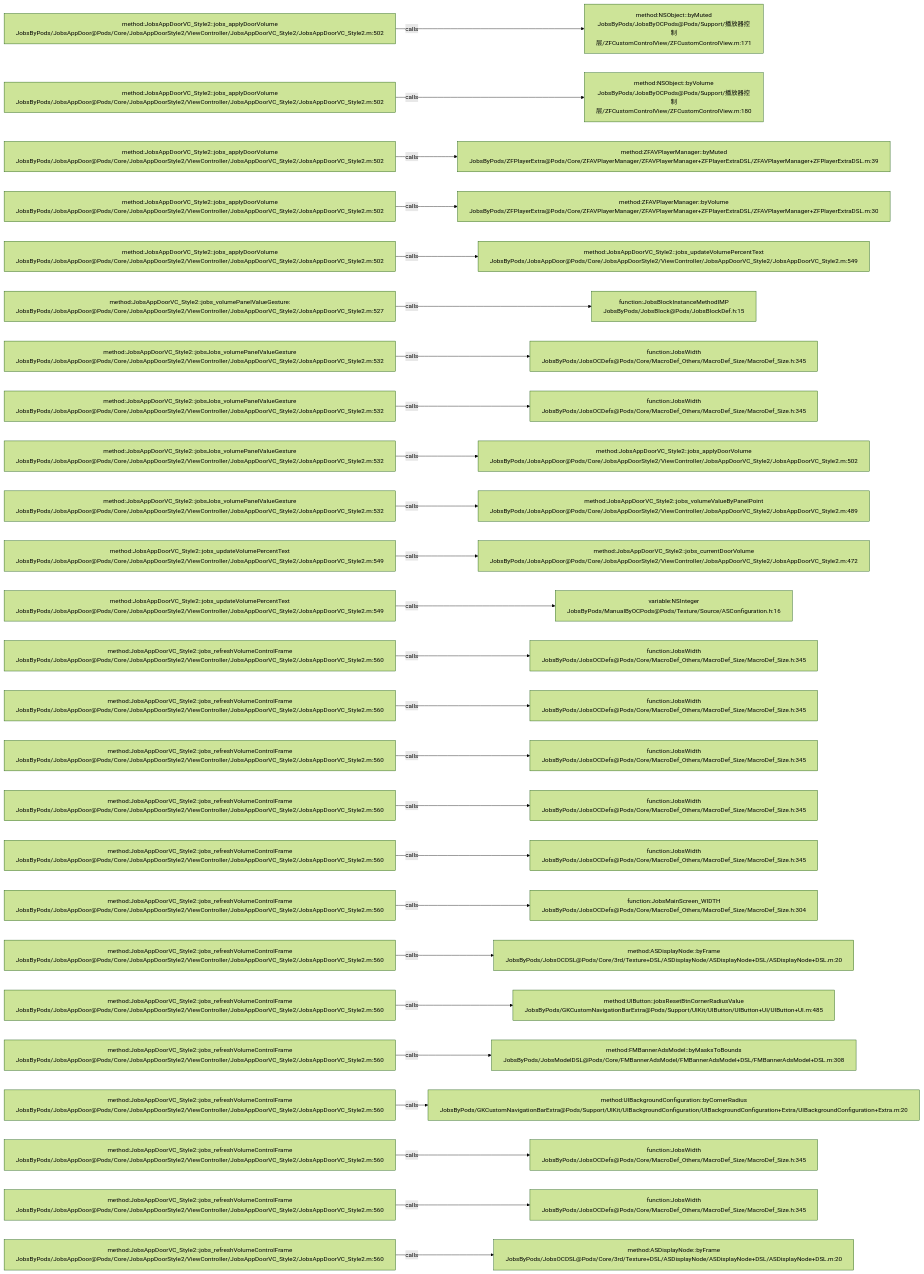
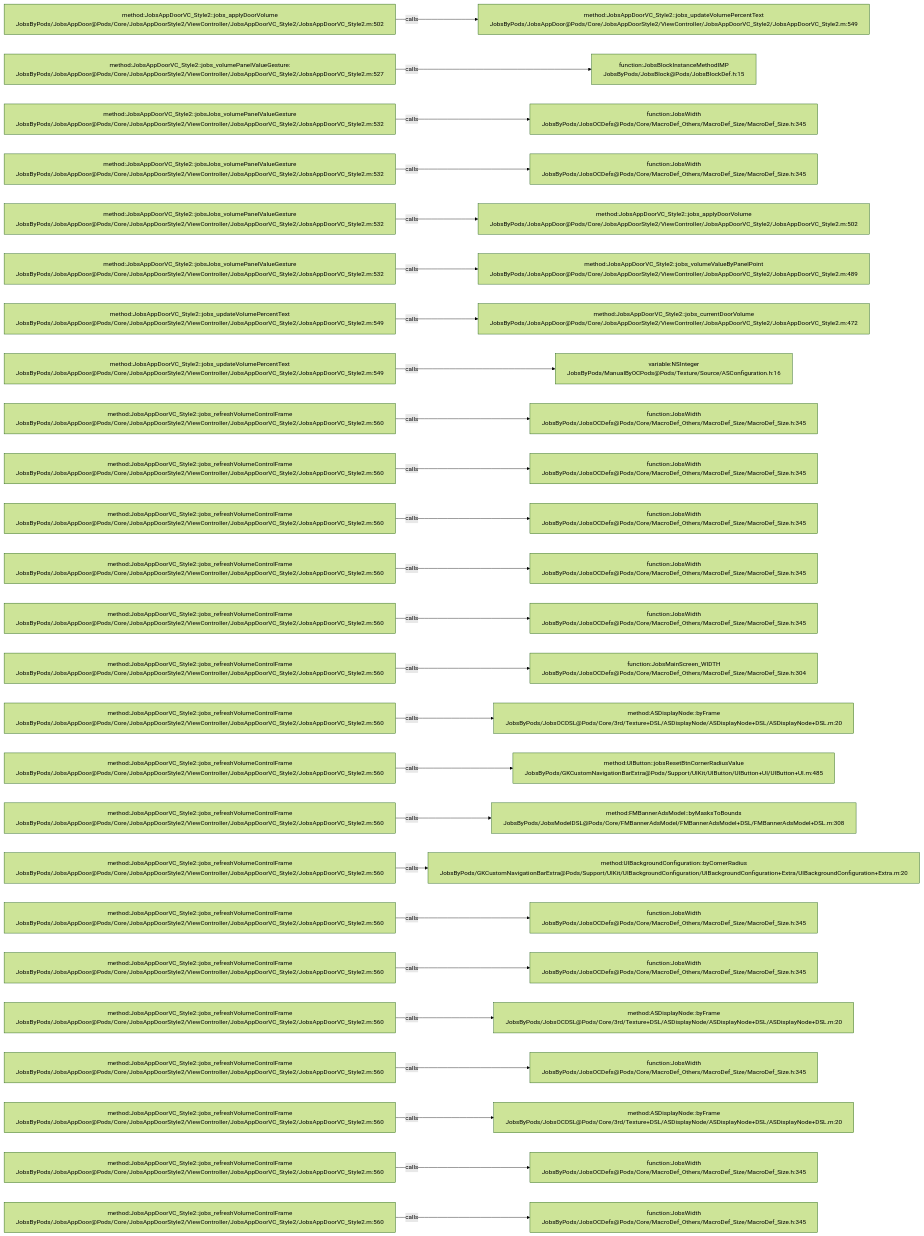
Before and after one commit to JobsKits/JobsOCBaseConfigDemo: the diagram in .codegraph/codegraph.md/graphs/calls-139.md, drawn with Mermaid (forest theme). The commit also changed 116 other files, not shown here.

````diff
--- a/.codegraph/codegraph.md/graphs/calls-139.md
+++ b/.codegraph/codegraph.md/graphs/calls-139.md
@@ -13,78 +13,78 @@
 ```mermaid
 flowchart LR
   S1["method:JobsAppDoorVC_Style2::jobs_applyDoorVolume<br/>JobsByPods/JobsAppDoor@Pods/Core/JobsAppDoorStyle2/ViewController/JobsAppDoorVC_Style2/JobsAppDoorVC_Style2.m:502"]
-  T1["method:NSObject::byMuted<br/>JobsByPods/JobsByOCPods@Pods/Support/播放器控制层/ZFCustomControlView/ZFCustomControlView.m:171"]
+  T1["method:JobsAppDoorVC_Style2::jobs_updateVolumePercentText<br/>JobsByPods/JobsAppDoor@Pods/Core/JobsAppDoorStyle2/ViewController/JobsAppDoorVC_Style2/JobsAppDoorVC_Style2.m:549"]
   S1 -->|calls| T1
-  S2["method:JobsAppDoorVC_Style2::jobs_applyDoorVolume<br/>JobsByPods/JobsAppDoor@Pods/Core/JobsAppDoorStyle2/ViewController/JobsAppDoorVC_Style2/JobsAppDoorVC_Style2.m:502"]
-  T2["method:NSObject::byVolume<br/>JobsByPods/JobsByOCPods@Pods/Support/播放器控制层/ZFCustomControlView/ZFCustomControlView.m:180"]
+  S2["method:JobsAppDoorVC_Style2::jobs_volumePanelValueGesture:<br/>JobsByPods/JobsAppDoor@Pods/Core/JobsAppDoorStyle2/ViewController/JobsAppDoorVC_Style2/JobsAppDoorVC_Style2.m:527"]
+  T2["function:JobsBlockInstanceMethodIMP<br/>JobsByPods/JobsBlock@Pods/JobsBlockDef.h:15"]
   S2 -->|calls| T2
-  S3["method:JobsAppDoorVC_Style2::jobs_applyDoorVolume<br/>JobsByPods/JobsAppDoor@Pods/Core/JobsAppDoorStyle2/ViewController/JobsAppDoorVC_Style2/JobsAppDoorVC_Style2.m:502"]
-  T3["method:ZFAVPlayerManager::byMuted<br/>JobsByPods/ZFPlayerExtra@Pods/Core/ZFAVPlayerManager/ZFAVPlayerManager+ZFPlayerExtraDSL/ZFAVPlayerManager+ZFPlayerExtraDSL.m:39"]
+  S3["method:JobsAppDoorVC_Style2::jobsJobs_volumePanelValueGesture<br/>JobsByPods/JobsAppDoor@Pods/Core/JobsAppDoorStyle2/ViewController/JobsAppDoorVC_Style2/JobsAppDoorVC_Style2.m:532"]
+  T3["function:JobsWidth<br/>JobsByPods/JobsOCDefs@Pods/Core/MacroDef_Others/MacroDef_Size/MacroDef_Size.h:345"]
   S3 -->|calls| T3
-  S4["method:JobsAppDoorVC_Style2::jobs_applyDoorVolume<br/>JobsByPods/JobsAppDoor@Pods/Core/JobsAppDoorStyle2/ViewController/JobsAppDoorVC_Style2/JobsAppDoorVC_Style2.m:502"]
-  T4["method:ZFAVPlayerManager::byVolume<br/>JobsByPods/ZFPlayerExtra@Pods/Core/ZFAVPlayerManager/ZFAVPlayerManager+ZFPlayerExtraDSL/ZFAVPlayerManager+ZFPlayerExtraDSL.m:30"]
+  S4["method:JobsAppDoorVC_Style2::jobsJobs_volumePanelValueGesture<br/>JobsByPods/JobsAppDoor@Pods/Core/JobsAppDoorStyle2/ViewController/JobsAppDoorVC_Style2/JobsAppDoorVC_Style2.m:532"]
+  T4["function:JobsWidth<br/>JobsByPods/JobsOCDefs@Pods/Core/MacroDef_Others/MacroDef_Size/MacroDef_Size.h:345"]
   S4 -->|calls| T4
-  S5["method:JobsAppDoorVC_Style2::jobs_applyDoorVolume<br/>JobsByPods/JobsAppDoor@Pods/Core/JobsAppDoorStyle2/ViewController/JobsAppDoorVC_Style2/JobsAppDoorVC_Style2.m:502"]
-  T5["method:JobsAppDoorVC_Style2::jobs_updateVolumePercentText<br/>JobsByPods/JobsAppDoor@Pods/Core/JobsAppDoorStyle2/ViewController/JobsAppDoorVC_Style2/JobsAppDoorVC_Style2.m:549"]
+  S5["method:JobsAppDoorVC_Style2::jobsJobs_volumePanelValueGesture<br/>JobsByPods/JobsAppDoor@Pods/Core/JobsAppDoorStyle2/ViewController/JobsAppDoorVC_Style2/JobsAppDoorVC_Style2.m:532"]
+  T5["method:JobsAppDoorVC_Style2::jobs_applyDoorVolume<br/>JobsByPods/JobsAppDoor@Pods/Core/JobsAppDoorStyle2/ViewController/JobsAppDoorVC_Style2/JobsAppDoorVC_Style2.m:502"]
   S5 -->|calls| T5
-  S6["method:JobsAppDoorVC_Style2::jobs_volumePanelValueGesture:<br/>JobsByPods/JobsAppDoor@Pods/Core/JobsAppDoorStyle2/ViewController/JobsAppDoorVC_Style2/JobsAppDoorVC_Style2.m:527"]
-  T6["function:JobsBlockInstanceMethodIMP<br/>JobsByPods/JobsBlock@Pods/JobsBlockDef.h:15"]
+  S6["method:JobsAppDoorVC_Style2::jobsJobs_volumePanelValueGesture<br/>JobsByPods/JobsAppDoor@Pods/Core/JobsAppDoorStyle2/ViewController/JobsAppDoorVC_Style2/JobsAppDoorVC_Style2.m:532"]
+  T6["method:JobsAppDoorVC_Style2::jobs_volumeValueByPanelPoint<br/>JobsByPods/JobsAppDoor@Pods/Core/JobsAppDoorStyle2/ViewController/JobsAppDoorVC_Style2/JobsAppDoorVC_Style2.m:489"]
   S6 -->|calls| T6
-  S7["method:JobsAppDoorVC_Style2::jobsJobs_volumePanelValueGesture<br/>JobsByPods/JobsAppDoor@Pods/Core/JobsAppDoorStyle2/ViewController/JobsAppDoorVC_Style2/JobsAppDoorVC_Style2.m:532"]
-  T7["function:JobsWidth<br/>JobsByPods/JobsOCDefs@Pods/Core/MacroDef_Others/MacroDef_Size/MacroDef_Size.h:345"]
+  S7["method:JobsAppDoorVC_Style2::jobs_updateVolumePercentText<br/>JobsByPods/JobsAppDoor@Pods/Core/JobsAppDoorStyle2/ViewController/JobsAppDoorVC_Style2/JobsAppDoorVC_Style2.m:549"]
+  T7["method:JobsAppDoorVC_Style2::jobs_currentDoorVolume<br/>JobsByPods/JobsAppDoor@Pods/Core/JobsAppDoorStyle2/ViewController/JobsAppDoorVC_Style2/JobsAppDoorVC_Style2.m:472"]
   S7 -->|calls| T7
-  S8["method:JobsAppDoorVC_Style2::jobsJobs_volumePanelValueGesture<br/>JobsByPods/JobsAppDoor@Pods/Core/JobsAppDoorStyle2/ViewController/JobsAppDoorVC_Style2/JobsAppDoorVC_Style2.m:532"]
-  T8["function:JobsWidth<br/>JobsByPods/JobsOCDefs@Pods/Core/MacroDef_Others/MacroDef_Size/MacroDef_Size.h:345"]
+  S8["method:JobsAppDoorVC_Style2::jobs_updateVolumePercentText<br/>JobsByPods/JobsAppDoor@Pods/Core/JobsAppDoorStyle2/ViewController/JobsAppDoorVC_Style2/JobsAppDoorVC_Style2.m:549"]
+  T8["variable:NSInteger<br/>JobsByPods/ManualByOCPods@Pods/Texture/Source/ASConfiguration.h:16"]
   S8 -->|calls| T8
-  S9["method:JobsAppDoorVC_Style2::jobsJobs_volumePanelValueGesture<br/>JobsByPods/JobsAppDoor@Pods/Core/JobsAppDoorStyle2/ViewController/JobsAppDoorVC_Style2/JobsAppDoorVC_Style2.m:532"]
-  T9["method:JobsAppDoorVC_Style2::jobs_applyDoorVolume<br/>JobsByPods/JobsAppDoor@Pods/Core/JobsAppDoorStyle2/ViewController/JobsAppDoorVC_Style2/JobsAppDoorVC_Style2.m:502"]
+  S9["method:JobsAppDoorVC_Style2::jobs_refreshVolumeControlFrame<br/>JobsByPods/JobsAppDoor@Pods/Core/JobsAppDoorStyle2/ViewController/JobsAppDoorVC_Style2/JobsAppDoorVC_Style2.m:560"]
+  T9["function:JobsWidth<br/>JobsByPods/JobsOCDefs@Pods/Core/MacroDef_Others/MacroDef_Size/MacroDef_Size.h:345"]
   S9 -->|calls| T9
-  S10["method:JobsAppDoorVC_Style2::jobsJobs_volumePanelValueGesture<br/>JobsByPods/JobsAppDoor@Pods/Core/JobsAppDoorStyle2/ViewController/JobsAppDoorVC_Style2/JobsAppDoorVC_Style2.m:532"]
-  T10["method:JobsAppDoorVC_Style2::jobs_volumeValueByPanelPoint<br/>JobsByPods/JobsAppDoor@Pods/Core/JobsAppDoorStyle2/ViewController/JobsAppDoorVC_Style2/JobsAppDoorVC_Style2.m:489"]
+  S10["method:JobsAppDoorVC_Style2::jobs_refreshVolumeControlFrame<br/>JobsByPods/JobsAppDoor@Pods/Core/JobsAppDoorStyle2/ViewController/JobsAppDoorVC_Style2/JobsAppDoorVC_Style2.m:560"]
+  T10["function:JobsWidth<br/>JobsByPods/JobsOCDefs@Pods/Core/MacroDef_Others/MacroDef_Size/MacroDef_Size.h:345"]
   S10 -->|calls| T10
-  S11["method:JobsAppDoorVC_Style2::jobs_updateVolumePercentText<br/>JobsByPods/JobsAppDoor@Pods/Core/JobsAppDoorStyle2/ViewController/JobsAppDoorVC_Style2/JobsAppDoorVC_Style2.m:549"]
-  T11["method:JobsAppDoorVC_Style2::jobs_currentDoorVolume<br/>JobsByPods/JobsAppDoor@Pods/Core/JobsAppDoorStyle2/ViewController/JobsAppDoorVC_Style2/JobsAppDoorVC_Style2.m:472"]
+  S11["method:JobsAppDoorVC_Style2::jobs_refreshVolumeControlFrame<br/>JobsByPods/JobsAppDoor@Pods/Core/JobsAppDoorStyle2/ViewController/JobsAppDoorVC_Style2/JobsAppDoorVC_Style2.m:560"]
+  T11["function:JobsWidth<br/>JobsByPods/JobsOCDefs@Pods/Core/MacroDef_Others/MacroDef_Size/MacroDef_Size.h:345"]
   S11 -->|calls| T11
-  S12["method:JobsAppDoorVC_Style2::jobs_updateVolumePercentText<br/>JobsByPods/JobsAppDoor@Pods/Core/JobsAppDoorStyle2/ViewController/JobsAppDoorVC_Style2/JobsAppDoorVC_Style2.m:549"]
-  T12["variable:NSInteger<br/>JobsByPods/ManualByOCPods@Pods/Texture/Source/ASConfiguration.h:16"]
+  S12["method:JobsAppDoorVC_Style2::jobs_refreshVolumeControlFrame<br/>JobsByPods/JobsAppDoor@Pods/Core/JobsAppDoorStyle2/ViewController/JobsAppDoorVC_Style2/JobsAppDoorVC_Style2.m:560"]
+  T12["function:JobsWidth<br/>JobsByPods/JobsOCDefs@Pods/Core/MacroDef_Others/MacroDef_Size/MacroDef_Size.h:345"]
   S12 -->|calls| T12
   S13["method:JobsAppDoorVC_Style2::jobs_refreshVolumeControlFrame<br/>JobsByPods/JobsAppDoor@Pods/Core/JobsAppDoorStyle2/ViewController/JobsAppDoorVC_Style2/JobsAppDoorVC_Style2.m:560"]
   T13["function:JobsWidth<br/>JobsByPods/JobsOCDefs@Pods/Core/MacroDef_Others/MacroDef_Size/MacroDef_Size.h:345"]
   S13 -->|calls| T13
   S14["method:JobsAppDoorVC_Style2::jobs_refreshVolumeControlFrame<br/>JobsByPods/JobsAppDoor@Pods/Core/JobsAppDoorStyle2/ViewController/JobsAppDoorVC_Style2/JobsAppDoorVC_Style2.m:560"]
-  T14["function:JobsWidth<br/>JobsByPods/JobsOCDefs@Pods/Core/MacroDef_Others/MacroDef_Size/MacroDef_Size.h:345"]
+  T14["function:JobsMainScreen_WIDTH<br/>JobsByPods/JobsOCDefs@Pods/Core/MacroDef_Others/MacroDef_Size/MacroDef_Size.h:304"]
   S14 -->|calls| T14
   S15["method:JobsAppDoorVC_Style2::jobs_refreshVolumeControlFrame<br/>JobsByPods/JobsAppDoor@Pods/Core/JobsAppDoorStyle2/ViewController/JobsAppDoorVC_Style2/JobsAppDoorVC_Style2.m:560"]
-  T15["function:JobsWidth<br/>JobsByPods/JobsOCDefs@Pods/Core/MacroDef_Others/MacroDef_Size/MacroDef_Size.h:345"]
+  T15["method:ASDisplayNode::byFrame<br/>JobsByPods/JobsOCDSL@Pods/Core/3rd/Texture+DSL/ASDisplayNode/ASDisplayNode+DSL/ASDisplayNode+DSL.m:20"]
   S15 -->|calls| T15
   S16["method:JobsAppDoorVC_Style2::jobs_refreshVolumeControlFrame<br/>JobsByPods/JobsAppDoor@Pods/Core/JobsAppDoorStyle2/ViewController/JobsAppDoorVC_Style2/JobsAppDoorVC_Style2.m:560"]
-  T16["function:JobsWidth<br/>JobsByPods/JobsOCDefs@Pods/Core/MacroDef_Others/MacroDef_Size/MacroDef_Size.h:345"]
+  T16["method:UIButton::jobsResetBtnCornerRadiusValue<br/>JobsByPods/GKCustomNavigationBarExtra@Pods/Support/UIKit/UIButton/UIButton+UI/UIButton+UI.m:485"]
   S16 -->|calls| T16
   S17["method:JobsAppDoorVC_Style2::jobs_refreshVolumeControlFrame<br/>JobsByPods/JobsAppDoor@Pods/Core/JobsAppDoorStyle2/ViewController/JobsAppDoorVC_Style2/JobsAppDoorVC_Style2.m:560"]
-  T17["function:JobsWidth<br/>JobsByPods/JobsOCDefs@Pods/Core/MacroDef_Others/MacroDef_Size/MacroDef_Size.h:345"]
+  T17["method:FMBannerAdsModel::byMasksToBounds<br/>JobsByPods/JobsModelDSL@Pods/Core/FMBannerAdsModel/FMBannerAdsModel+DSL/FMBannerAdsModel+DSL.m:308"]
   S17 -->|calls| T17
   S18["method:JobsAppDoorVC_Style2::jobs_refreshVolumeControlFrame<br/>JobsByPods/JobsAppDoor@Pods/Core/JobsAppDoorStyle2/ViewController/JobsAppDoorVC_Style2/JobsAppDoorVC_Style2.m:560"]
-  T18["function:JobsMainScreen_WIDTH<br/>JobsByPods/JobsOCDefs@Pods/Core/MacroDef_Others/MacroDef_Size/MacroDef_Size.h:304"]
+  T18["method:UIBackgroundConfiguration::byCornerRadius<br/>JobsByPods/GKCustomNavigationBarExtra@Pods/Support/UIKit/UIBackgroundConfiguration/UIBackgroundConfiguration+Extra/UIBackgroundConfiguration+Extra.m:20"]
   S18 -->|calls| T18
   S19["method:JobsAppDoorVC_Style2::jobs_refreshVolumeControlFrame<br/>JobsByPods/JobsAppDoor@Pods/Core/JobsAppDoorStyle2/ViewController/JobsAppDoorVC_Style2/JobsAppDoorVC_Style2.m:560"]
-  T19["method:ASDisplayNode::byFrame<br/>JobsByPods/JobsOCDSL@Pods/Core/3rd/Texture+DSL/ASDisplayNode/ASDisplayNode+DSL/ASDisplayNode+DSL.m:20"]
+  T19["function:JobsWidth<br/>JobsByPods/JobsOCDefs@Pods/Core/MacroDef_Others/MacroDef_Size/MacroDef_Size.h:345"]
   S19 -->|calls| T19
   S20["method:JobsAppDoorVC_Style2::jobs_refreshVolumeControlFrame<br/>JobsByPods/JobsAppDoor@Pods/Core/JobsAppDoorStyle2/ViewController/JobsAppDoorVC_Style2/JobsAppDoorVC_Style2.m:560"]
-  T20["method:UIButton::jobsResetBtnCornerRadiusValue<br/>JobsByPods/GKCustomNavigationBarExtra@Pods/Support/UIKit/UIButton/UIButton+UI/UIButton+UI.m:485"]
+  T20["function:JobsWidth<br/>JobsByPods/JobsOCDefs@Pods/Core/MacroDef_Others/MacroDef_Size/MacroDef_Size.h:345"]
   S20 -->|calls| T20
   S21["method:JobsAppDoorVC_Style2::jobs_refreshVolumeControlFrame<br/>JobsByPods/JobsAppDoor@Pods/Core/JobsAppDoorStyle2/ViewController/JobsAppDoorVC_Style2/JobsAppDoorVC_Style2.m:560"]
-  T21["method:FMBannerAdsModel::byMasksToBounds<br/>JobsByPods/JobsModelDSL@Pods/Core/FMBannerAdsModel/FMBannerAdsModel+DSL/FMBannerAdsModel+DSL.m:308"]
+  T21["method:ASDisplayNode::byFrame<br/>JobsByPods/JobsOCDSL@Pods/Core/3rd/Texture+DSL/ASDisplayNode/ASDisplayNode+DSL/ASDisplayNode+DSL.m:20"]
   S21 -->|calls| T21
   S22["method:JobsAppDoorVC_Style2::jobs_refreshVolumeControlFrame<br/>JobsByPods/JobsAppDoor@Pods/Core/JobsAppDoorStyle2/ViewController/JobsAppDoorVC_Style2/JobsAppDoorVC_Style2.m:560"]
-  T22["method:UIBackgroundConfiguration::byCornerRadius<br/>JobsByPods/GKCustomNavigationBarExtra@Pods/Support/UIKit/UIBackgroundConfiguration/UIBackgroundConfiguration+Extra/UIBackgroundConfiguration+Extra.m:20"]
+  T22["function:JobsWidth<br/>JobsByPods/JobsOCDefs@Pods/Core/MacroDef_Others/MacroDef_Size/MacroDef_Size.h:345"]
   S22 -->|calls| T22
   S23["method:JobsAppDoorVC_Style2::jobs_refreshVolumeControlFrame<br/>JobsByPods/JobsAppDoor@Pods/Core/JobsAppDoorStyle2/ViewController/JobsAppDoorVC_Style2/JobsAppDoorVC_Style2.m:560"]
-  T23["function:JobsWidth<br/>JobsByPods/JobsOCDefs@Pods/Core/MacroDef_Others/MacroDef_Size/MacroDef_Size.h:345"]
+  T23["method:ASDisplayNode::byFrame<br/>JobsByPods/JobsOCDSL@Pods/Core/3rd/Texture+DSL/ASDisplayNode/ASDisplayNode+DSL/ASDisplayNode+DSL.m:20"]
   S23 -->|calls| T23
   S24["method:JobsAppDoorVC_Style2::jobs_refreshVolumeControlFrame<br/>JobsByPods/JobsAppDoor@Pods/Core/JobsAppDoorStyle2/ViewController/JobsAppDoorVC_Style2/JobsAppDoorVC_Style2.m:560"]
   T24["function:JobsWidth<br/>JobsByPods/JobsOCDefs@Pods/Core/MacroDef_Others/MacroDef_Size/MacroDef_Size.h:345"]
   S24 -->|calls| T24
   S25["method:JobsAppDoorVC_Style2::jobs_refreshVolumeControlFrame<br/>JobsByPods/JobsAppDoor@Pods/Core/JobsAppDoorStyle2/ViewController/JobsAppDoorVC_Style2/JobsAppDoorVC_Style2.m:560"]
-  T25["method:ASDisplayNode::byFrame<br/>JobsByPods/JobsOCDSL@Pods/Core/3rd/Texture+DSL/ASDisplayNode/ASDisplayNode+DSL/ASDisplayNode+DSL.m:20"]
+  T25["function:JobsWidth<br/>JobsByPods/JobsOCDefs@Pods/Core/MacroDef_Others/MacroDef_Size/MacroDef_Size.h:345"]
   S25 -->|calls| T25
 ```
````
